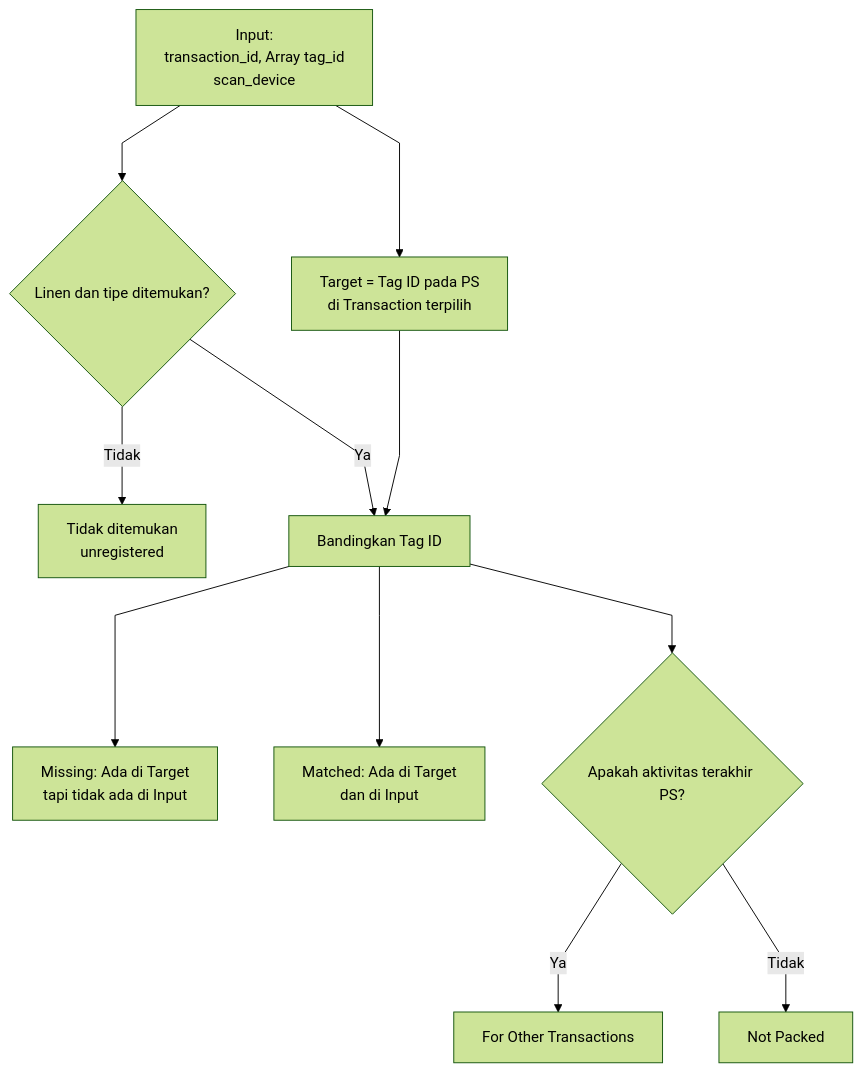
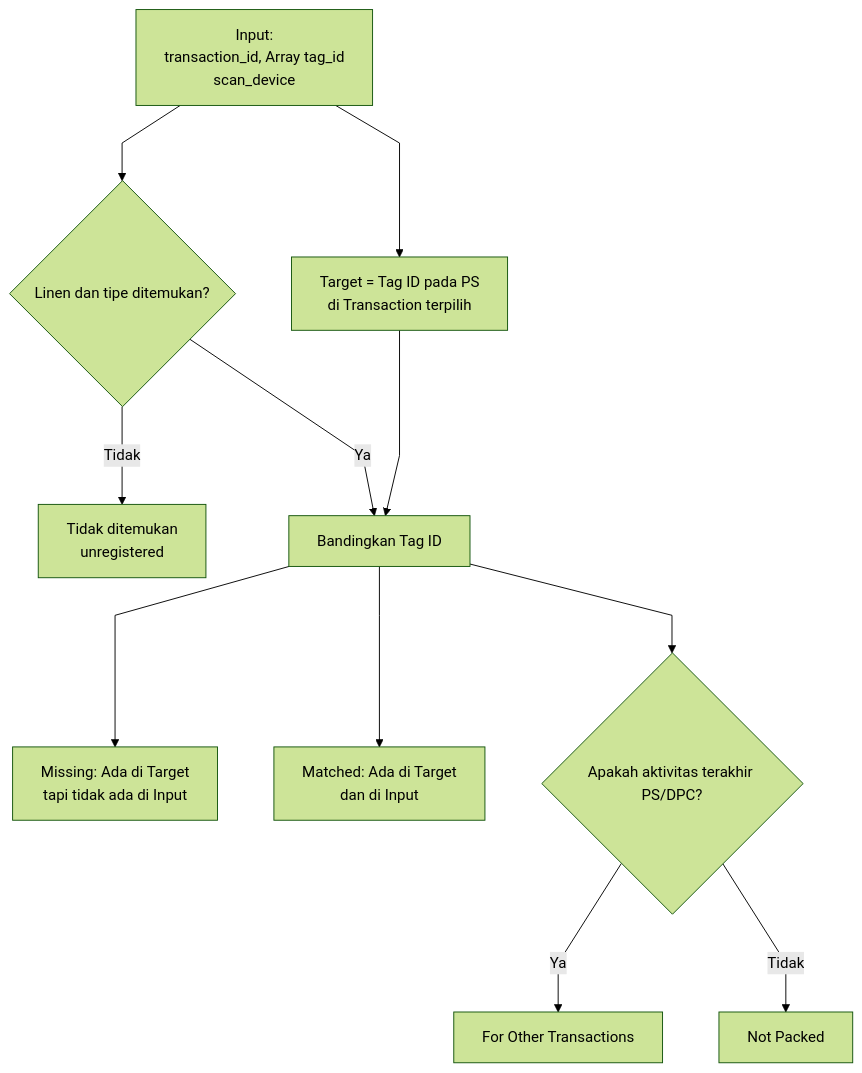
Before and after one commit to bagaskrmn/bac-flow-laundry: the second of 3 diagrams in laundry-activities/driver-pickup-clean.md, drawn with Mermaid (forest theme). The commit also changed 1 other file, not shown here.

Commit message:
fix cek DPC/IC

````diff
--- a/laundry-activities/driver-pickup-clean.md
+++ b/laundry-activities/driver-pickup-clean.md
@@ -14,20 +14,20 @@
 ```mermaid
 %%{init: {'flowchart': {'curve': 'linear', 'nodeSpacing': 60, 'rankSpacing': 80, 'diagramPadding': 24}}}%%
 flowchart TD
     N_IN["Input:<br/>transaction_id, Array tag_id<br/>scan_device"]
     N_IN --> N_MASTER{"Linen dan tipe ditemukan?"}
     N_MASTER -->|Tidak| N_UNREG["Tidak ditemukan<br/>unregistered"]
 
     N_IN --> N_OSS["Target = Tag ID pada PS<br/>di Transaction terpilih"]
     N_MASTER -->|Ya| N_COMP["Bandingkan Tag ID"]
     N_OSS --> N_COMP
 
     N_COMP -->N_MS["Missing: Ada di Target<br/>tapi tidak ada di Input"]
     N_COMP -->N_MATCH["Matched: Ada di Target<br/>dan di Input"]
-    N_COMP -->N_PS{"Apakah aktivitas terakhir PS?"}
+    N_COMP -->N_PS{"Apakah aktivitas terakhir PS/DPC?"}
     N_PS -->|Ya| N_LASTPS["For Other Transactions"]
     N_PS -->|Tidak| N_LASTNOTPS["Not Packed"]
 
     class N_PS,N_LASTPS,N_LASTNOTPS danger
 
 ```
````
